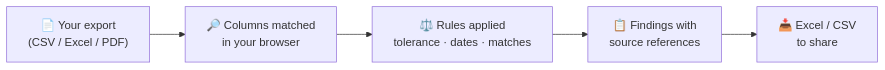
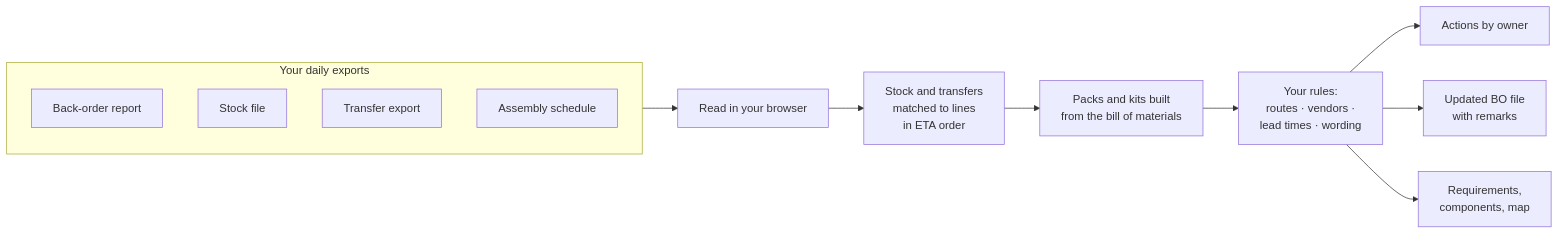
Before and after one commit to Ionianverse/FreightKit: the first of 3 diagrams in README.md, drawn with Mermaid. The commit also changed other lines of this file and 2 other files, not shown here.

````diff
--- a/README.md
+++ b/README.md
@@ -143,7 +60,16 @@
 ```mermaid
 flowchart LR
-    A["📄 Your export<br/>(CSV / Excel / PDF)"] --> B["🔎 Columns matched<br/>in your browser"]
-    B --> C["⚖️ Rules applied<br/>tolerance · dates · matches"]
-    C --> D["📋 Findings with<br/>source references"]
-    D --> E["📥 Excel / CSV<br/>to share"]
+    subgraph IN["Your daily exports"]
+      A1["Back-order report"]
+      A2["Stock file"]
+      A3["Transfer export"]
+      A4["Assembly schedule"]
+    end
+    IN --> B["Read in your browser"]
+    B --> C["Stock and transfers<br/>matched to lines<br/>in ETA order"]
+    C --> D["Packs and kits built<br/>from the bill of materials"]
+    D --> E["Your rules:<br/>routes · vendors ·<br/>lead times · wording"]
+    E --> F1["Actions by owner"]
+    E --> F2["Updated BO file<br/>with remarks"]
+    E --> F3["Requirements,<br/>components, map"]
 ```
````
